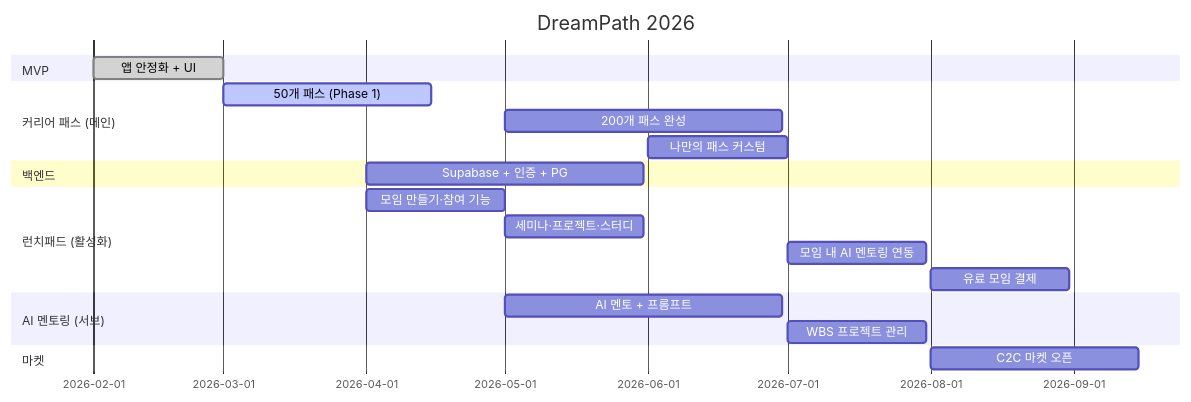
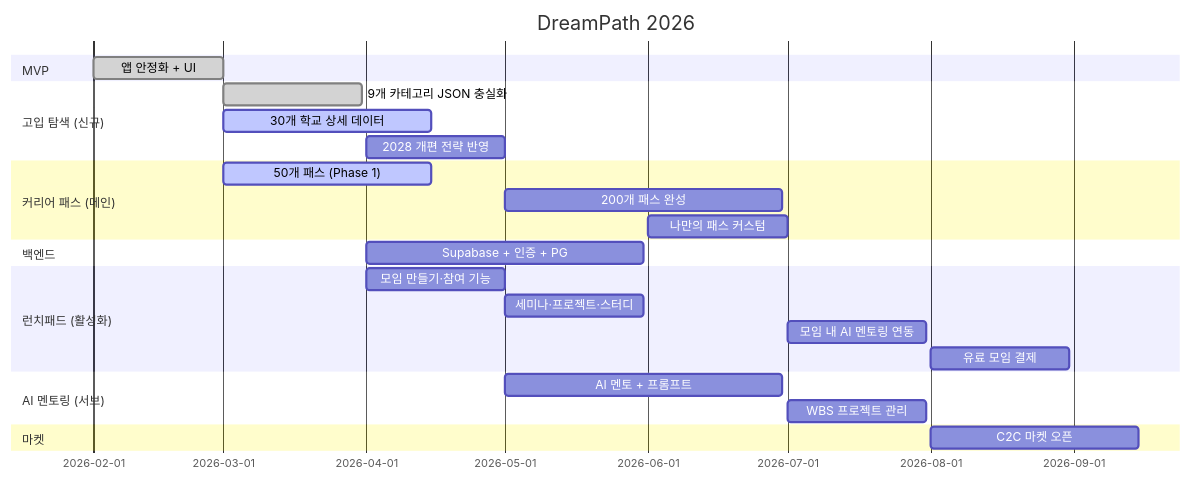
One commit to Collegenie-X/AI-career-path changed the second of 2 diagrams in Readme.md. Above: the diagram before and after it, drawn with Mermaid. The commit also changed other lines of this file and 25 other files, not shown here.

````diff
--- a/Readme.md
+++ b/Readme.md
@@ -231,23 +316,27 @@
 ```mermaid
 gantt
     title DreamPath 2026
     dateFormat  YYYY-MM
     section MVP
-    앱 안정화 + UI       :done, 2026-02, 28d
+    앱 안정화 + UI           :done, 2026-02, 28d
+    section 고입 탐색 (신규)
+    9개 카테고리 JSON 충실화  :done, 2026-03, 30d
+    30개 학교 상세 데이터     :active, 2026-03, 45d
+    2028 개편 전략 반영       :2026-04, 30d
     section 커리어 패스 (메인)
-    50개 패스 (Phase 1)  :active, 2026-03, 45d
-    200개 패스 완성       :2026-05, 60d
-    나만의 패스 커스텀     :2026-06, 30d
+    50개 패스 (Phase 1)      :active, 2026-03, 45d
+    200개 패스 완성           :2026-05, 60d
+    나만의 패스 커스텀         :2026-06, 30d
     section 백엔드
-    Supabase + 인증 + PG :2026-04, 60d
+    Supabase + 인증 + PG     :2026-04, 60d
     section 런치패드 (활성화)
-    모임 만들기·참여 기능  :2026-04, 30d
-    세미나·프로젝트·스터디  :2026-05, 30d
-    모임 내 AI 멘토링 연동 :2026-07, 30d
-    유료 모임 결제         :2026-08, 30d
+    모임 만들기·참여 기능      :2026-04, 30d
+    세미나·프로젝트·스터디      :2026-05, 30d
+    모임 내 AI 멘토링 연동     :2026-07, 30d
+    유료 모임 결제             :2026-08, 30d
     section AI 멘토링 (서브)
-    AI 멘토 + 프롬프트    :2026-05, 60d
-    WBS 프로젝트 관리     :2026-07, 30d
+    AI 멘토 + 프롬프트        :2026-05, 60d
+    WBS 프로젝트 관리         :2026-07, 30d
     section 마켓
-    C2C 마켓 오픈         :2026-08, 45d
+    C2C 마켓 오픈             :2026-08, 45d
 ```
````
